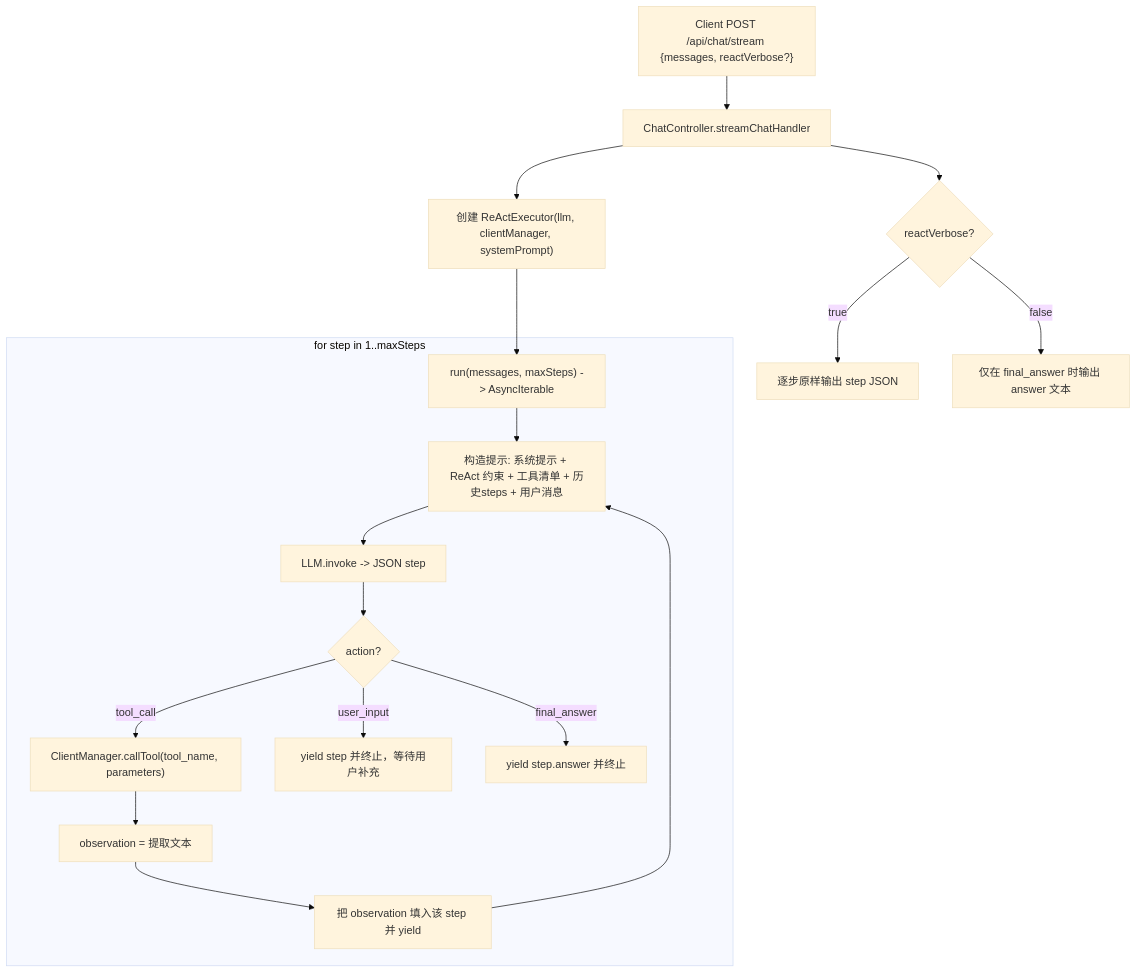
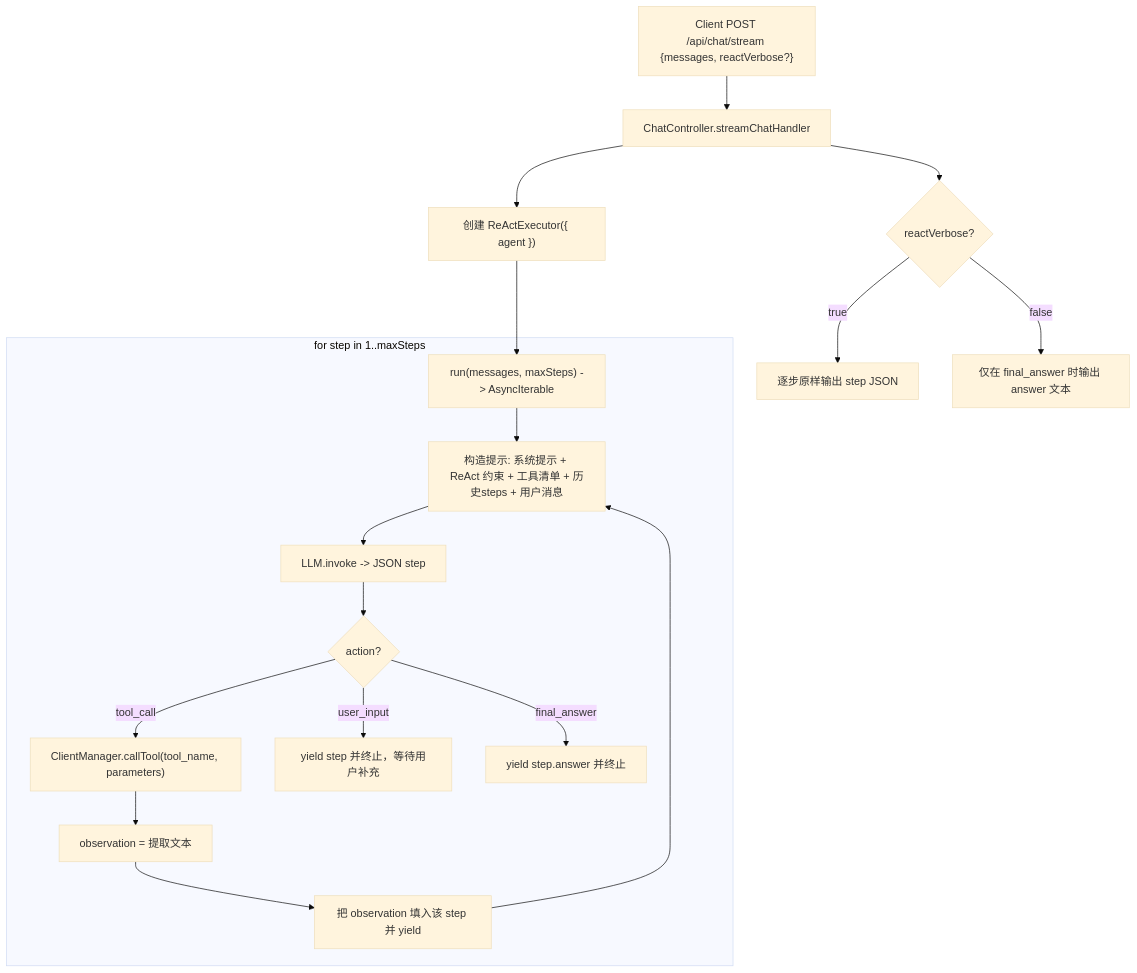
One commit to seemrcola/bot-server changed the diagram in docs/react-flow.md. Above: the diagram before and after it, drawn with Mermaid (base theme). The commit also changed other lines of this file and 2 other files, not shown here.

````diff
--- a/docs/react-flow.md
+++ b/docs/react-flow.md
@@ -29,22 +29,22 @@
 ```mermaid
 flowchart TD
   A["Client POST /api/chat/stream {messages, reactVerbose?}"] --> B["ChatController.streamChatHandler"]
-  B --> C["创建 ReActExecutor(llm, clientManager, systemPrompt)"]
+  B --> C["创建 ReActExecutor({ agent })"]
   C --> D["run(messages, maxSteps) -> AsyncIterable"]
 
   subgraph Loop["for step in 1..maxSteps"]
     D --> E["构造提示: 系统提示 + ReAct 约束 + 工具清单 + 历史steps + 用户消息"]
     E --> F["LLM.invoke -> JSON step"]
     F --> G{"action?"}
     G -- "tool_call" --> H["ClientManager.callTool(tool_name, parameters)"]
     H --> I["observation = 提取文本"]
     I --> J["把 observation 填入该 step 并 yield"]
     J --> E
     G -- "user_input" --> K["yield step 并终止，等待用户补充"]
     G -- "final_answer" --> L["yield step.answer 并终止"]
   end
 
   B --> M{"reactVerbose?"}
   M -- true --> N["逐步原样输出 step JSON"]
   M -- false --> O["仅在 final_answer 时输出 answer 文本"]
 ```
````
